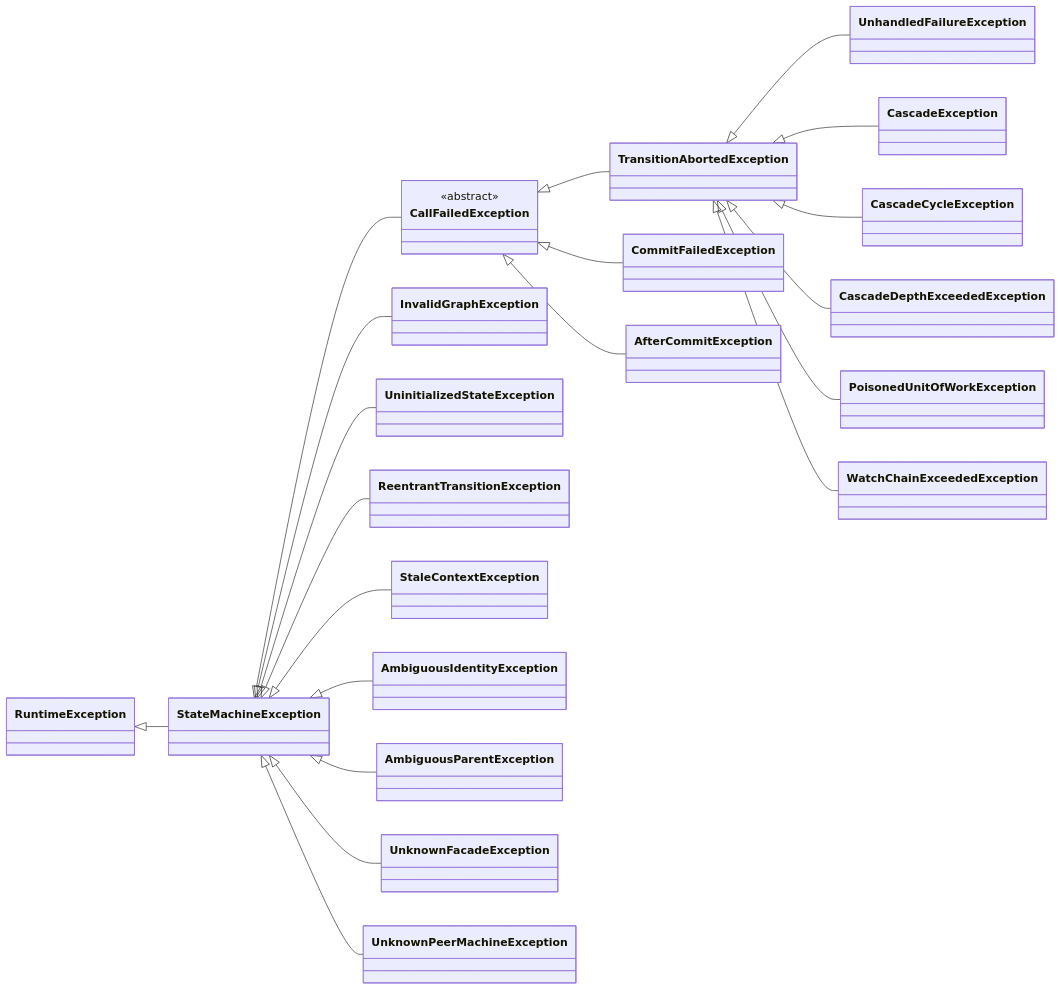
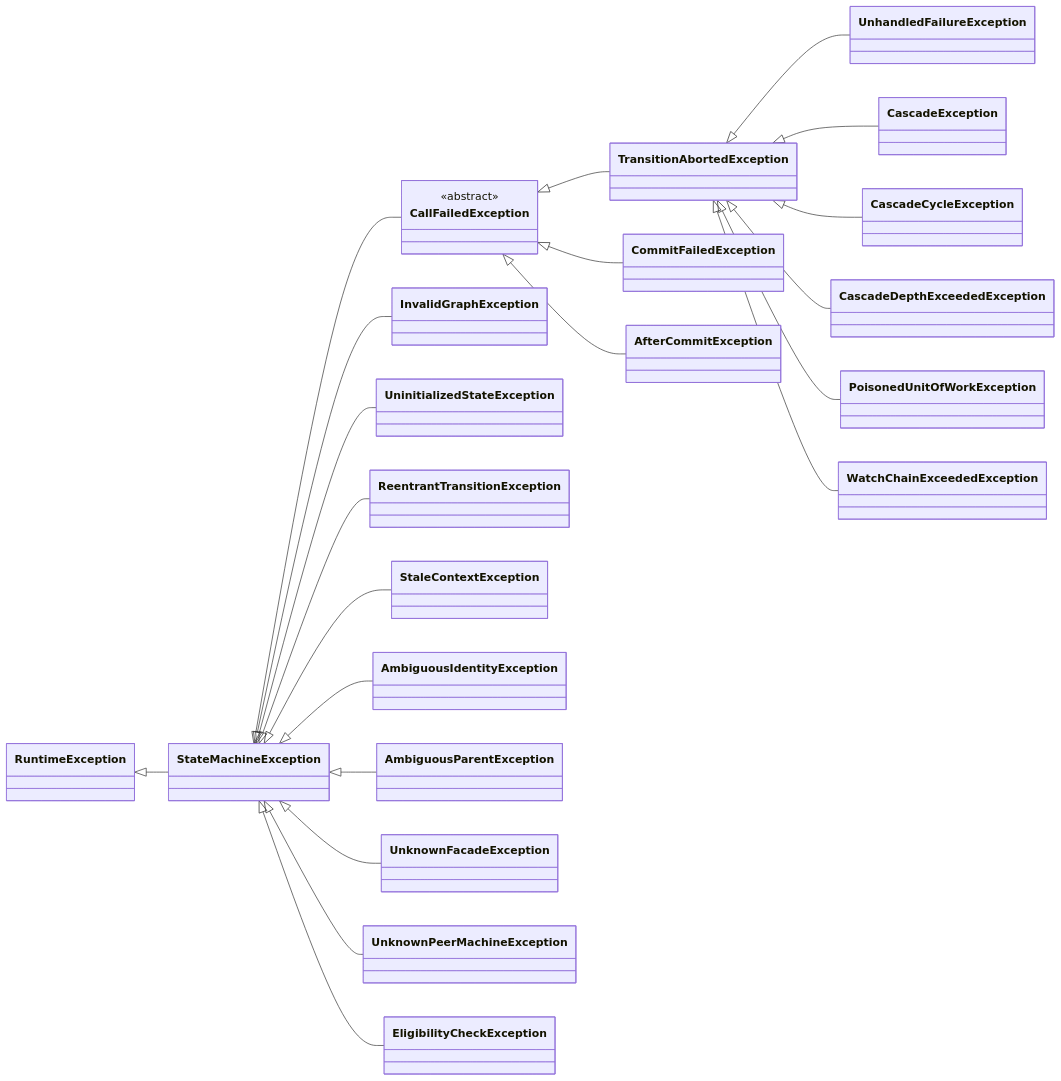
One commit to graphmaquina/graphmaquina changed the diagram in docs/diagnostics.md. Above: the diagram before and after it, drawn with Mermaid. The commit also changed other lines of this file and 7 other files, not shown here.

Commit message:
Add the eligibility result, its check failure and the StateMachine defaults

````diff
--- a/docs/diagnostics.md
+++ b/docs/diagnostics.md
@@ -91,26 +91,27 @@
 ```mermaid
 classDiagram
     direction LR
     RuntimeException <|-- StateMachineException
     StateMachineException <|-- CallFailedException
     CallFailedException <|-- TransitionAbortedException
     CallFailedException <|-- CommitFailedException
     CallFailedException <|-- AfterCommitException
     TransitionAbortedException <|-- UnhandledFailureException
     TransitionAbortedException <|-- CascadeException
     TransitionAbortedException <|-- CascadeCycleException
     TransitionAbortedException <|-- CascadeDepthExceededException
     TransitionAbortedException <|-- PoisonedUnitOfWorkException
     TransitionAbortedException <|-- WatchChainExceededException
     StateMachineException <|-- InvalidGraphException
     StateMachineException <|-- UninitializedStateException
     StateMachineException <|-- ReentrantTransitionException
     StateMachineException <|-- StaleContextException
     StateMachineException <|-- AmbiguousIdentityException
     StateMachineException <|-- AmbiguousParentException
     StateMachineException <|-- UnknownFacadeException
     StateMachineException <|-- UnknownPeerMachineException
+    StateMachineException <|-- EligibilityCheckException
     class CallFailedException {
         <<abstract>>
     }
 ```
````
